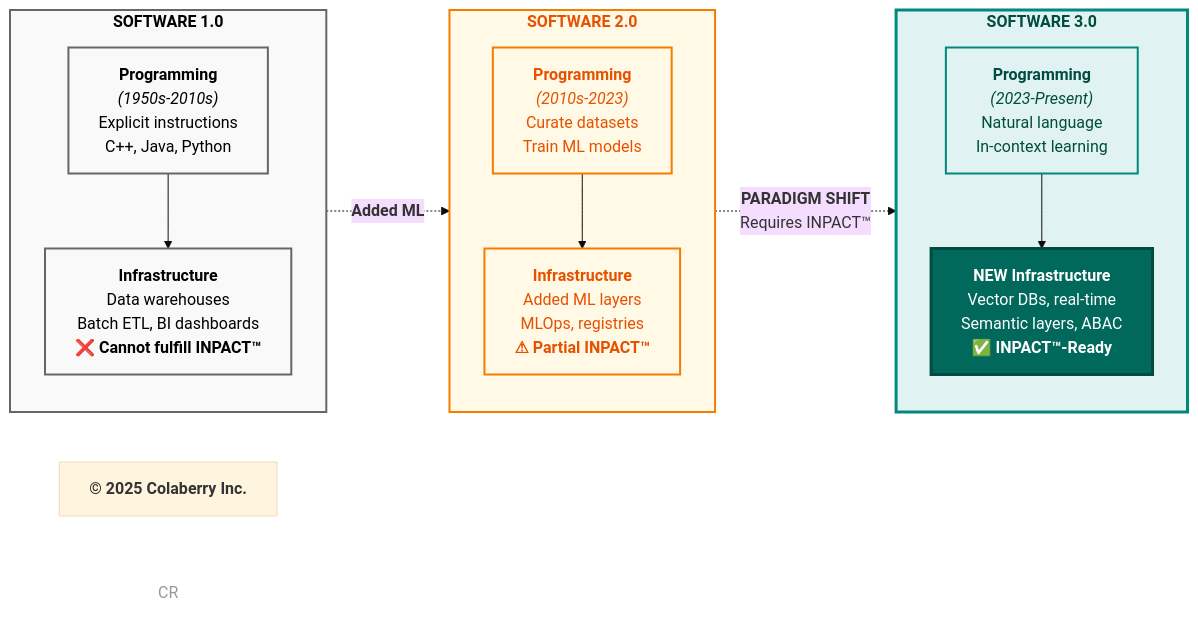
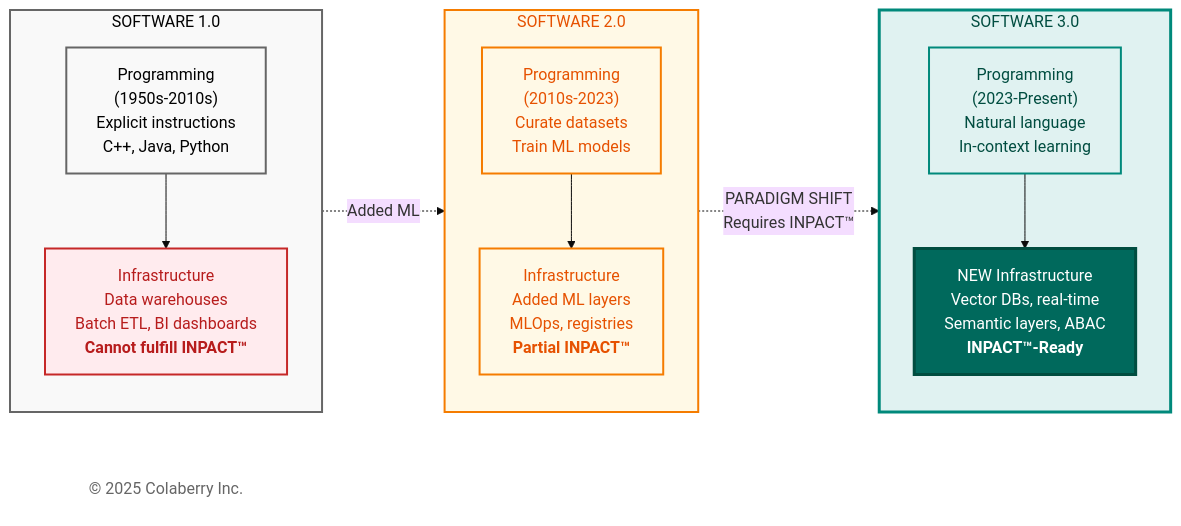
Before and after one commit to colaberry/trust-before-intelligence-book: the third of 6 diagrams in manuscript/02_chapter_1_why_agents_fail_v3_1.md, drawn with Mermaid (base theme). The commit also changed other lines of this file, not shown here.

Commit message:
Fixing emojis of diagram 3
Fixing emojis of diagram 3

````diff
--- a/manuscript/02_chapter_1_why_agents_fail_v3_1.md
+++ b/manuscript/02_chapter_1_why_agents_fail_v3_1.md
@@ -427,39 +427,38 @@
 ```mermaid
+
 graph LR
-    subgraph sw1["<b>SOFTWARE 1.0</b>"]
+    subgraph sw1["SOFTWARE 1.0"]
         direction TB
-        prog1["<b>Programming</b><br/><i>(1950s-2010s)</i><br/>Explicit instructions<br/>C++, Java, Python"]
-        infra1["<b>Infrastructure</b><br/>Data warehouses<br/>Batch ETL, BI dashboards<br/><b>❌ Cannot fulfill INPACT™</b>"]
+        prog1["Programming<br/>(1950s-2010s)<br/>Explicit instructions<br/>C++, Java, Python"]
+        infra1["Infrastructure<br/>Data warehouses<br/>Batch ETL, BI dashboards<br/><b>Cannot fulfill INPACT™"</b>]
         prog1 --> infra1
     end
-
-    subgraph sw2["<b>SOFTWARE 2.0</b>"]
+    subgraph sw2["SOFTWARE 2.0"]
         direction TB
-        prog2["<b>Programming</b><br/><i>(2010s-2023)</i><br/>Curate datasets<br/>Train ML models"]
-        infra2["<b>Infrastructure</b><br/>Added ML layers<br/>MLOps, registries<br/><b>⚠ Partial INPACT™</b>"]
+        prog2["Programming<br/>(2010s-2023)<br/>Curate datasets<br/>Train ML models"]
+        infra2["Infrastructure<br/>Added ML layers<br/>MLOps, registries<br/><b>Partial INPACT™"</b>]
         prog2 --> infra2
     end
-
-    subgraph sw3["<b>SOFTWARE 3.0</b>"]
+    subgraph sw3["SOFTWARE 3.0"]
         direction TB
-        prog3["<b>Programming</b><br/><i>(2023-Present)</i><br/>Natural language<br/>In-context learning"]
-        infra3["<b>NEW Infrastructure</b><br/>Vector DBs, real-time<br/>Semantic layers, ABAC<br/><b>✅ INPACT™-Ready</b>"]
+        prog3["Programming<br/>(2023-Present)<br/>Natural language<br/>In-context learning"]
+        infra3["NEW Infrastructure<br/>Vector DBs, real-time<br/>Semantic layers, ABAC<br/><b>INPACT™-Ready</b>"]
         prog3 --> infra3
     end
-
-    sw1 -.->|"<b>Added ML</b>"| sw2
-    sw2 -.->|"<b>PARADIGM SHIFT</b><br/>Requires INPACT™"| sw3
-
+    sw1 -.->|"Added ML"| sw2
+    sw2 -.->|"PARADIGM SHIFT<br/>Requires INPACT™"| sw3
+    
+    Copyright["© 2025 Colaberry Inc."]
+    
     style sw1 fill:#f9f9f9,stroke:#666666,stroke-width:2px,color:#000000
     style sw2 fill:#fff9e6,stroke:#f57c00,stroke-width:2px,color:#e65100
     style sw3 fill:#e0f2f1,stroke:#00897b,stroke-width:3px,color:#004d40
     style prog1 fill:#f9f9f9,stroke:#666666,stroke-width:2px,color:#000000
-    style infra1 fill:#f9f9f9,stroke:#666666,stroke-width:2px,color:#000000
+    style infra1 fill:#ffebee,stroke:#c62828,stroke-width:2px,color:#b71c1c
     style prog2 fill:#fff9e6,stroke:#f57c00,stroke-width:2px,color:#e65100
     style infra2 fill:#fff9e6,stroke:#f57c00,stroke-width:2px,color:#e65100
     style prog3 fill:#e0f2f1,stroke:#00897b,stroke-width:2px,color:#004d40
     style infra3 fill:#00695c,color:#ffffff,stroke:#004d40,stroke-width:3px
+    style Copyright fill:#ffffff,stroke:none,color:#666666
 
-    Copyright["<b>© 2025 Colaberry Inc.</b>"]
-    style CR fill:none,stroke:none,color:#999999
 ```
````
